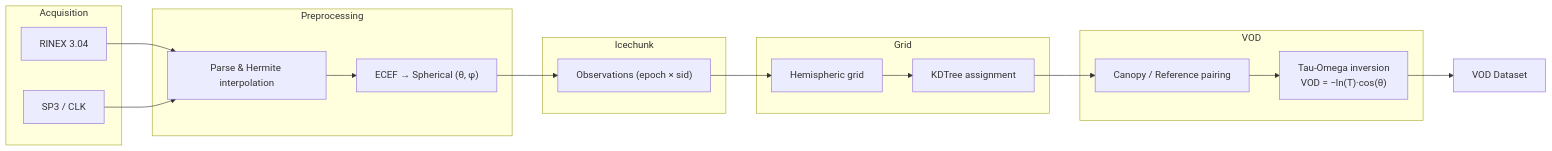
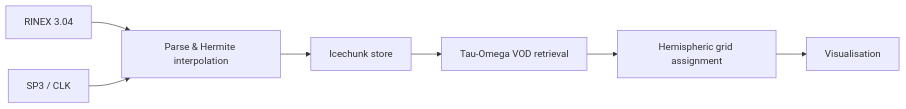
The diagram in docs/index.md (mfkiwl/canvodpy), drawn with Mermaid before and after one commit. The commit also changed 53 other files, not shown here.

First line of the commit message:
docs: fix diagram rendering and add PNG exports for all diagrams

````diff
--- a/docs/index.md
+++ b/docs/index.md
@@ -143,33 +143,9 @@
 ```mermaid
 flowchart LR
-    subgraph ACQ["Acquisition"]
-        RINEX["RINEX 3.04"]
-        SP3["SP3 / CLK"]
-    end
-
-    subgraph PREP["Preprocessing"]
-        PARSE["Parse & Hermite interpolation"]
-        SCS["ECEF → Spherical (θ, φ)"]
-    end
-
-    subgraph STORE["Icechunk"]
-        ICE["Observations (epoch × sid)"]
-    end
-
-    subgraph GRID["Grid"]
-        HGRID["Hemispheric grid"]
-        KD["KDTree assignment"]
-    end
-
-    subgraph VOD["VOD"]
-        PAIR["Canopy / Reference pairing"]
-        TAU["Tau-Omega inversion\nVOD = −ln(T)·cos(θ)"]
-    end
-
-    OUT["VOD Dataset"]
-
-    RINEX --> PARSE --> SCS --> ICE
-    SP3 --> PARSE
-
-    ICE --> HGRID --> KD --> PAIR --> TAU --> OUT
+    RINEX["RINEX 3.04"] --> PARSE["Parse & Hermite interpolation"]
+    SP3["SP3 / CLK"] --> PARSE
+    PARSE --> STORE["Icechunk store"]
+    STORE --> VOD["Tau-Omega VOD retrieval"]
+    VOD --> GRID["Hemispheric grid assignment"]
+    GRID --> VIZ["Visualisation"]
 ```
````
